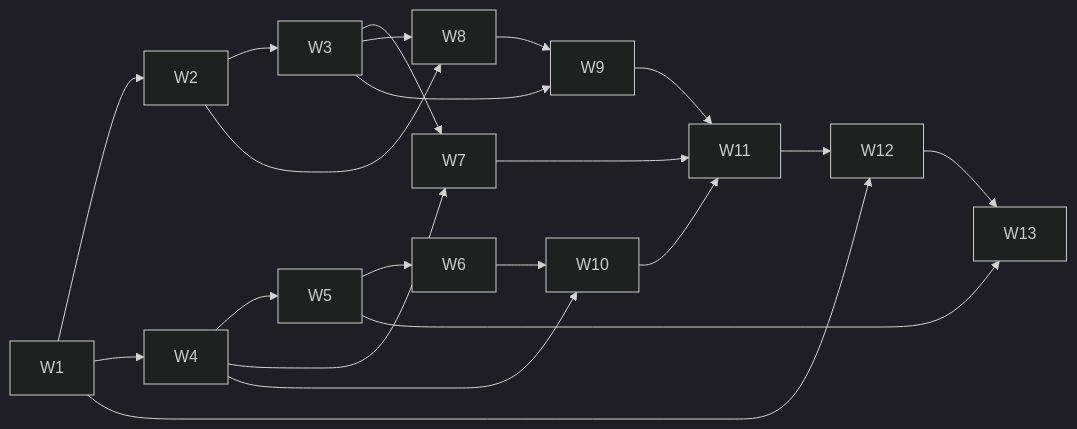
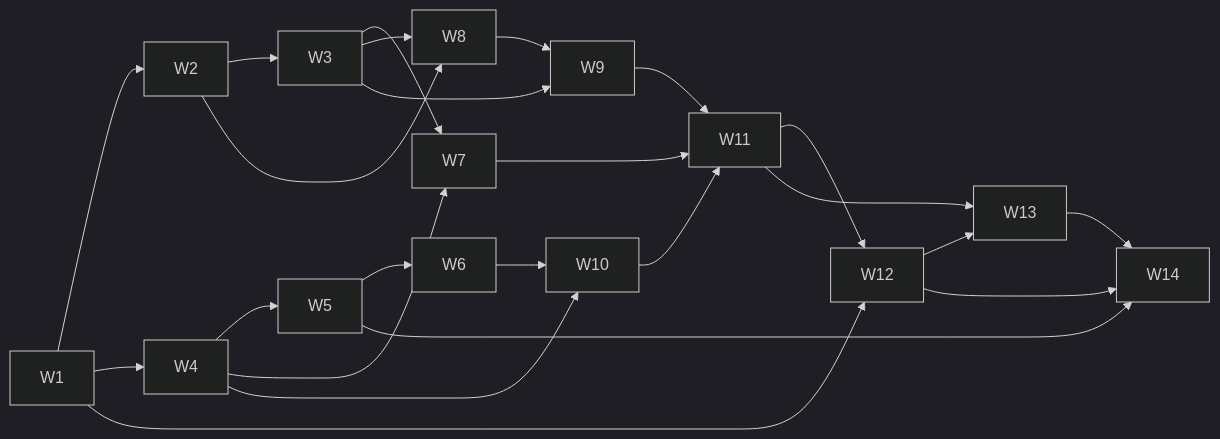
Before and after one commit to VCinthia/Astronomy-Picture-Explorer: the diagram in docs/plans/astronomy-p3-backend-plan.md, drawn with Mermaid (dark theme). The commit also changed other lines of this file and 12 other files, not shown here.

````diff
--- a/docs/plans/astronomy-p3-backend-plan.md
+++ b/docs/plans/astronomy-p3-backend-plan.md
@@ -247,20 +257,23 @@
 ```mermaid
 flowchart LR
     W1 --> W2 --> W3
     W1 --> W4 --> W5 --> W6
     W3 --> W7
     W4 --> W7
     W2 --> W8
     W3 --> W8
     W8 --> W9
     W3 --> W9
     W4 --> W10
     W6 --> W10
     W7 --> W11
     W9 --> W11
     W10 --> W11
     W1 --> W12
     W11 --> W12
-    W5 --> W13
+    W11 --> W13
     W12 --> W13
+    W5 --> W14
+    W12 --> W14
+    W13 --> W14
 ```
````
